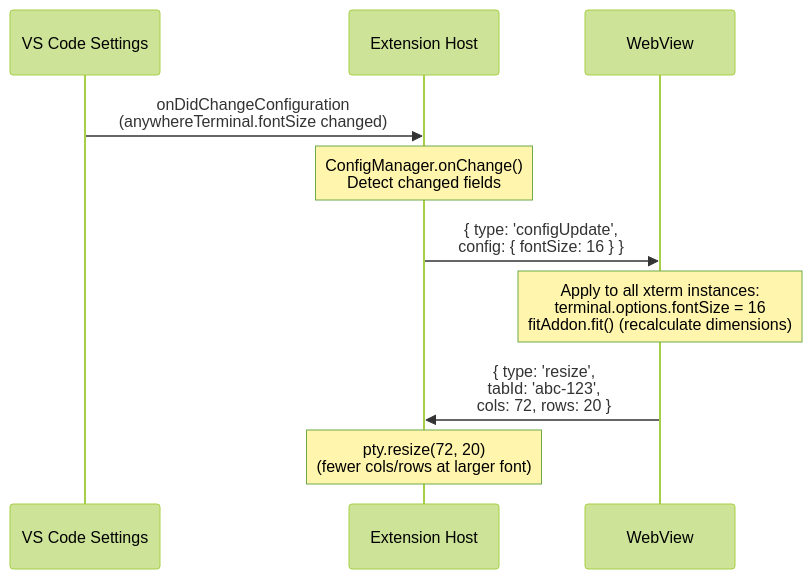
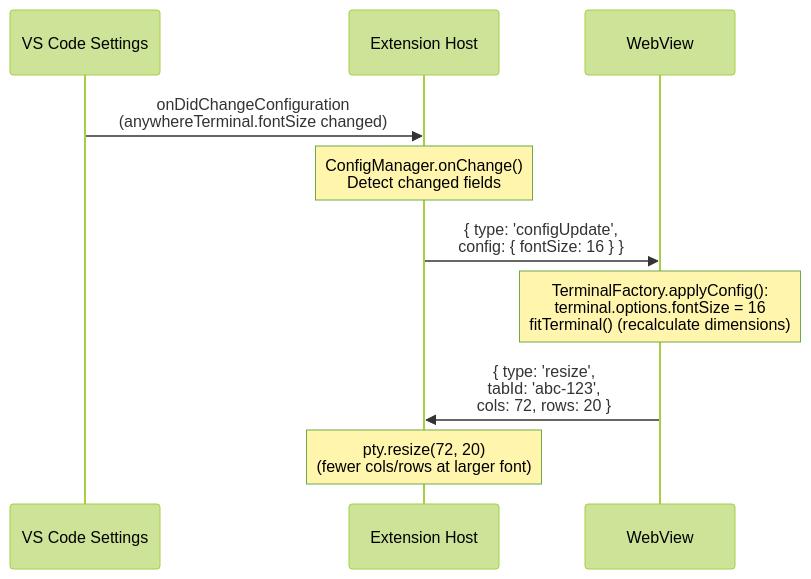
One commit to huybuidac/anywhere-terminal changed the sixth of 7 diagrams in docs/design/message-protocol.md. Above: the diagram before and after it, drawn with Mermaid (forest theme). The commit also changed other lines of this file and 46 other files, not shown here.

Commit message:
refactor: extract terminal factory, split renderer, and flow control into dedicated modules, reducing main.ts to a composition root, and add new webview tests.

````diff
--- a/docs/design/message-protocol.md
+++ b/docs/design/message-protocol.md
@@ -539,18 +620,18 @@
 ```mermaid
 sequenceDiagram
     participant Settings as VS Code Settings
     participant Ext as Extension Host
     participant WV as WebView
 
     Settings->>Ext: onDidChangeConfiguration<br/>(anywhereTerminal.fontSize changed)
 
     Note over Ext: ConfigManager.onChange()<br/>Detect changed fields
 
     Ext->>WV: { type: 'configUpdate',<br/>  config: { fontSize: 16 } }
 
-    Note over WV: Apply to all xterm instances:<br/>terminal.options.fontSize = 16<br/>fitAddon.fit() (recalculate dimensions)
+    Note over WV: TerminalFactory.applyConfig():<br/>terminal.options.fontSize = 16<br/>fitTerminal() (recalculate dimensions)
 
     WV->>Ext: { type: 'resize',<br/>  tabId: 'abc-123',<br/>  cols: 72, rows: 20 }
 
     Note over Ext: pty.resize(72, 20)<br/>(fewer cols/rows at larger font)
 ```
````
